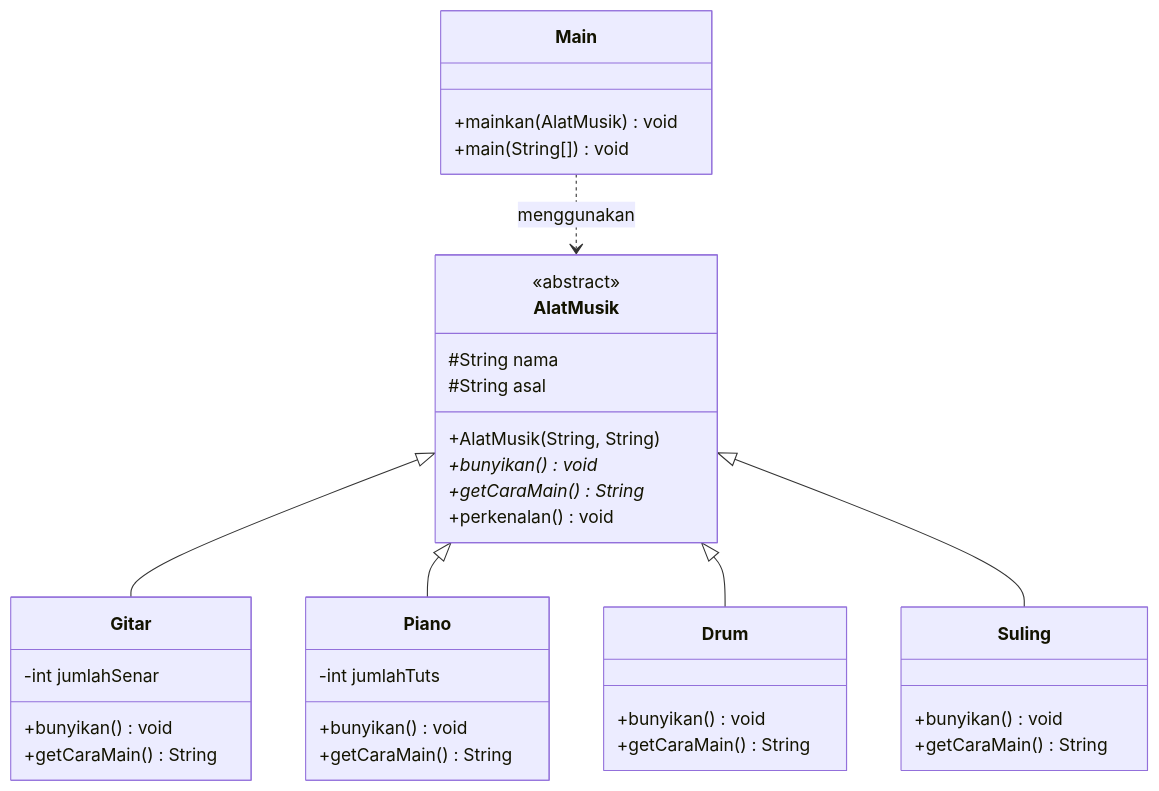
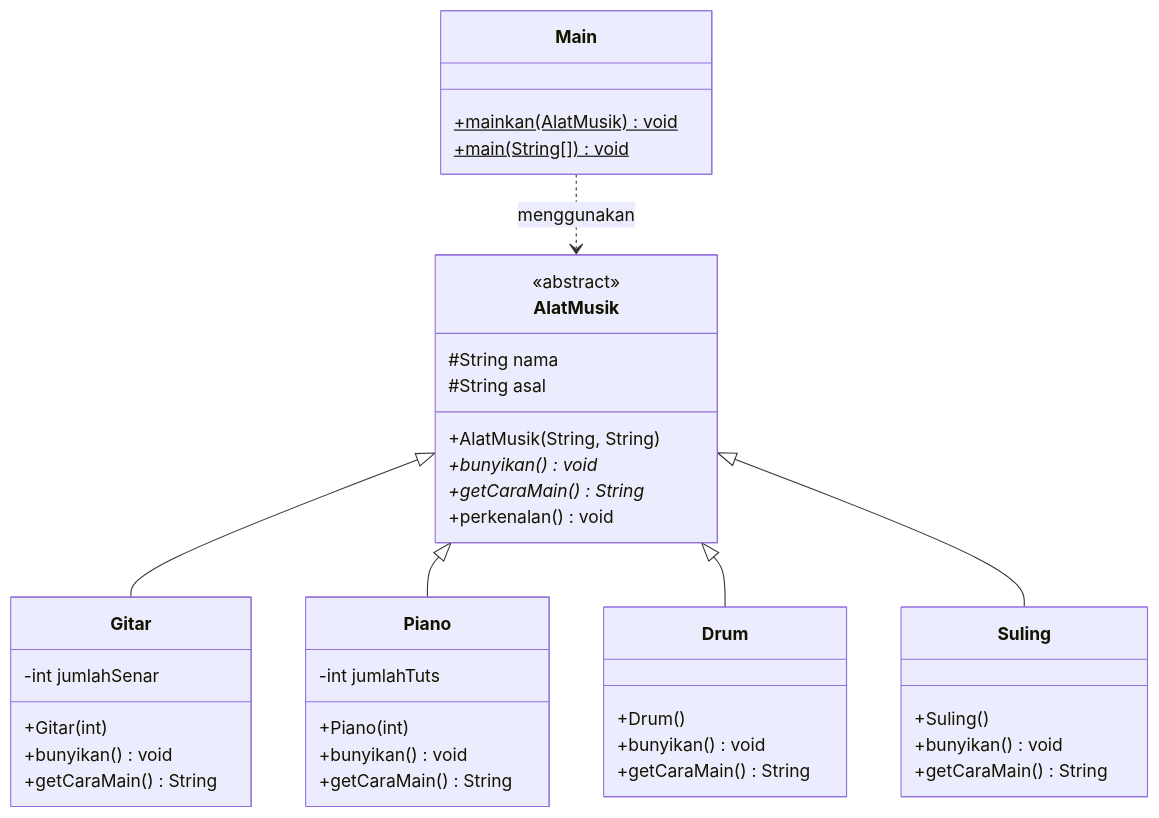
Before and after one commit to nurlaelihdyti/PBO-ALAT-MUSIK: the first of 2 diagrams in README.md, drawn with Mermaid. The commit also changed other lines of this file, not shown here.

````diff
--- a/README.md
+++ b/README.md
@@ -62,40 +47,44 @@
 ```mermaid
 classDiagram
     class AlatMusik {
         <<abstract>>
         #String nama
         #String asal
         +AlatMusik(String, String)
         +bunyikan()* void
         +getCaraMain()* String
         +perkenalan() void
     }
     class Gitar {
         -int jumlahSenar
+        +Gitar(int)
         +bunyikan() void
         +getCaraMain() String
     }
     class Piano {
         -int jumlahTuts
+        +Piano(int)
         +bunyikan() void
         +getCaraMain() String
     }
     class Drum {
+        +Drum()
         +bunyikan() void
         +getCaraMain() String
     }
     class Suling {
+        +Suling()
         +bunyikan() void
         +getCaraMain() String
     }
     class Main {
-        +mainkan(AlatMusik) void
-        +main(String[]) void
+        +mainkan(AlatMusik)$ void
+        +main(String[])$ void
     }
 
     AlatMusik <|-- Gitar
     AlatMusik <|-- Piano
     AlatMusik <|-- Drum
     AlatMusik <|-- Suling
     Main ..> AlatMusik : menggunakan
 ```
````
